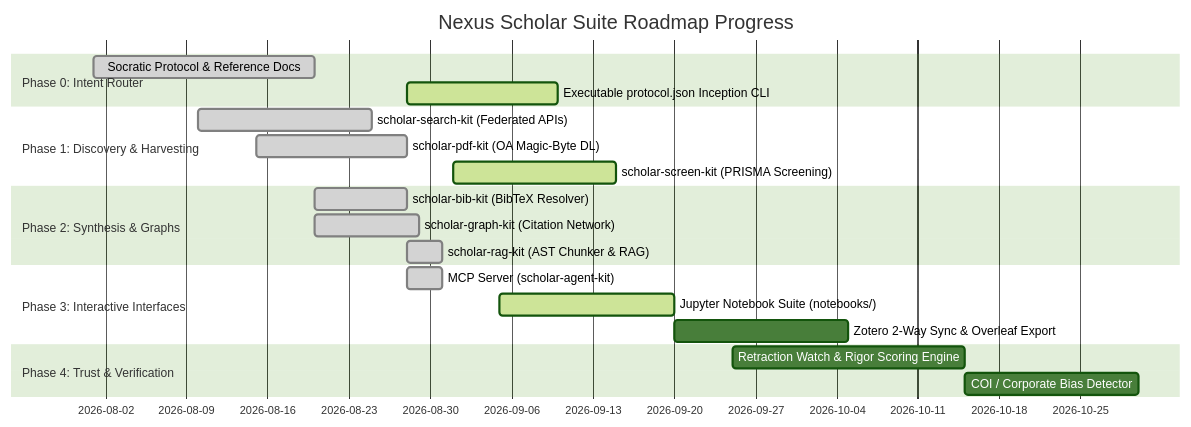
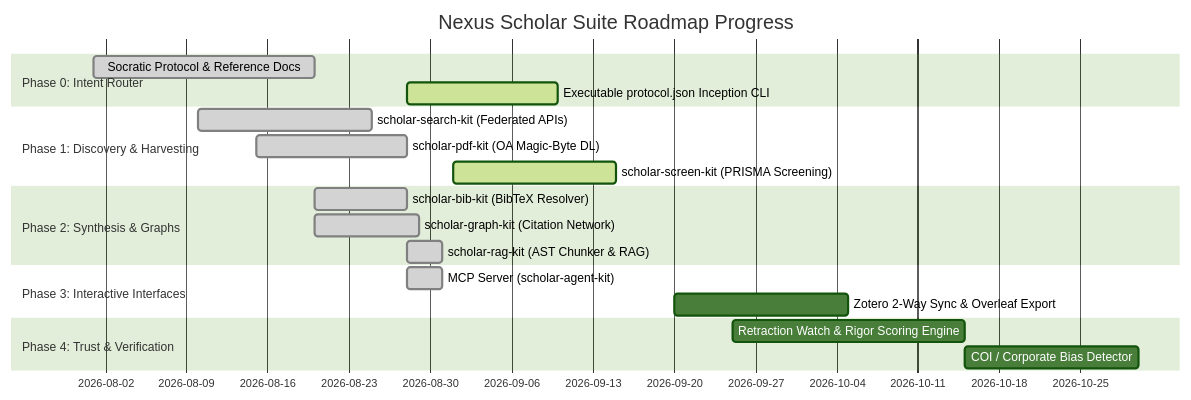
Before and after one commit to nexus-scholar-org/nexus-scholar-harness: the diagram in ROADMAP_ASSESSMENT_AND_TASK_LIST.md, drawn with Mermaid (forest theme). The commit also changed other lines of this file and 39 other files, not shown here.

````diff
--- a/ROADMAP_ASSESSMENT_AND_TASK_LIST.md
+++ b/ROADMAP_ASSESSMENT_AND_TASK_LIST.md
@@ -12,23 +12,22 @@
 ```mermaid
 gantt
     title Nexus Scholar Suite Roadmap Progress
     dateFormat  YYYY-MM-DD
     section Phase 0: Intent Router
     Socratic Protocol & Reference Docs       :done, 2026-08-01, 2026-08-20
     Executable protocol.json Inception CLI   :active, 2026-08-28, 2026-09-10
     section Phase 1: Discovery & Harvesting
     scholar-search-kit (Federated APIs)      :done, 2026-08-10, 2026-08-25
     scholar-pdf-kit (OA Magic-Byte DL)       :done, 2026-08-15, 2026-08-28
     scholar-screen-kit (PRISMA Screening)    :active, 2026-09-01, 2026-09-15
     section Phase 2: Synthesis & Graphs
     scholar-bib-kit (BibTeX Resolver)        :done, 2026-08-20, 2026-08-28
     scholar-graph-kit (Citation Network)     :done, 2026-08-20, 2026-08-29
     scholar-rag-kit (AST Chunker & RAG)      :done, 2026-08-28, 2026-08-31
     section Phase 3: Interactive Interfaces
     MCP Server (scholar-agent-kit)           :done, 2026-08-28, 2026-08-31
-    Jupyter Notebook Suite (notebooks/)      :active, 2026-09-05, 2026-09-20
     Zotero 2-Way Sync & Overleaf Export      :2026-09-20, 2026-10-05
     section Phase 4: Trust & Verification
     Retraction Watch & Rigor Scoring Engine  :2026-09-25, 2026-10-15
     COI / Corporate Bias Detector            :2026-10-15, 2026-10-30
 ```
````
